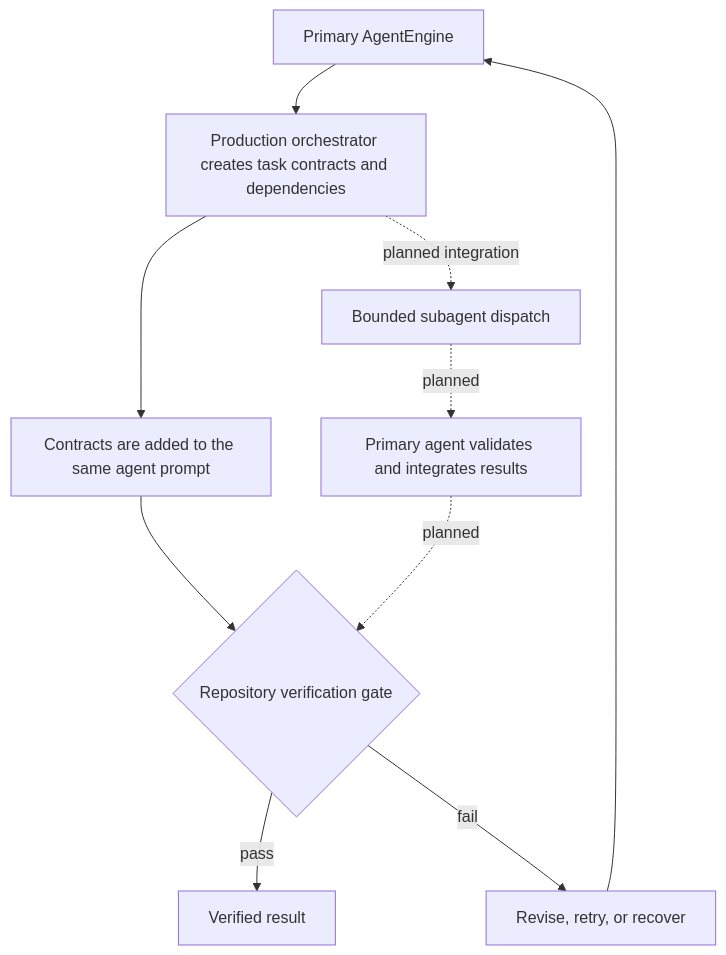
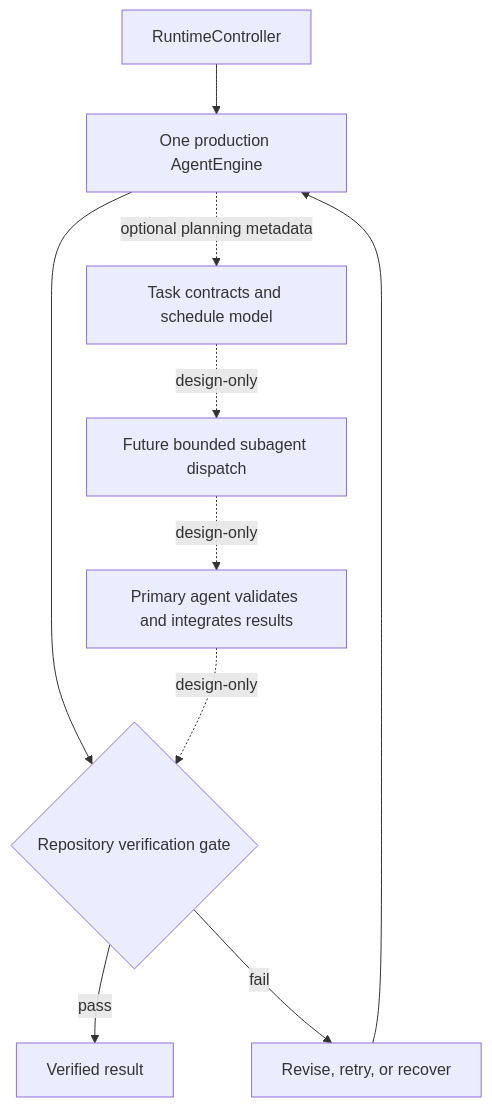
One commit to benclawbot/Medusa changed the third of 5 diagrams in docs/ARCHITECTURE.md. Above: the diagram before and after it, drawn with Mermaid. The commit also changed other lines of this file, not shown here.

Commit message:
docs: align architecture with single-agent production path

````diff
--- a/docs/ARCHITECTURE.md
+++ b/docs/ARCHITECTURE.md
@@ -72,12 +74,12 @@
 ```mermaid
 flowchart TD
-    P[Primary AgentEngine] --> C[Production orchestrator creates task contracts and dependencies]
-    C --> E[Contracts are added to the same agent prompt]
-    E --> G{Repository verification gate}
+    C[RuntimeController] --> A[One production AgentEngine]
+    A --> G{Repository verification gate}
     G -->|pass| Done[Verified result]
     G -->|fail| Fix[Revise, retry, or recover]
-    Fix --> P
-    C -. planned integration .-> D[Bounded subagent dispatch]
-    D -. planned .-> I[Primary agent validates and integrates results]
-    I -. planned .-> G
+    Fix --> A
+    A -. optional planning metadata .-> P[Task contracts and schedule model]
+    P -. design-only .-> D[Future bounded subagent dispatch]
+    D -. design-only .-> I[Primary agent validates and integrates results]
+    I -. design-only .-> G
 ```
````
